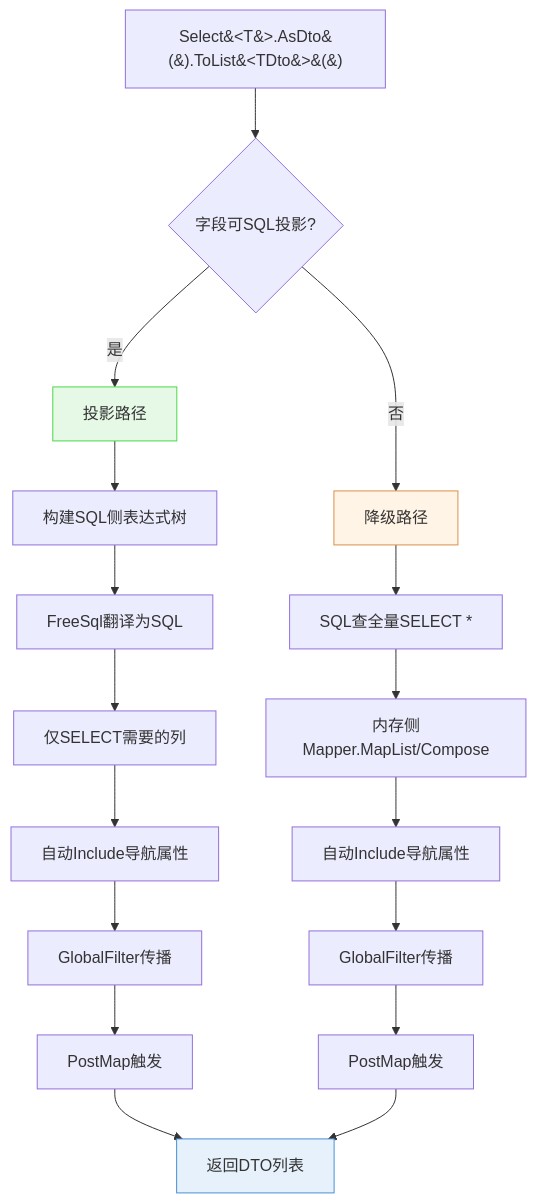
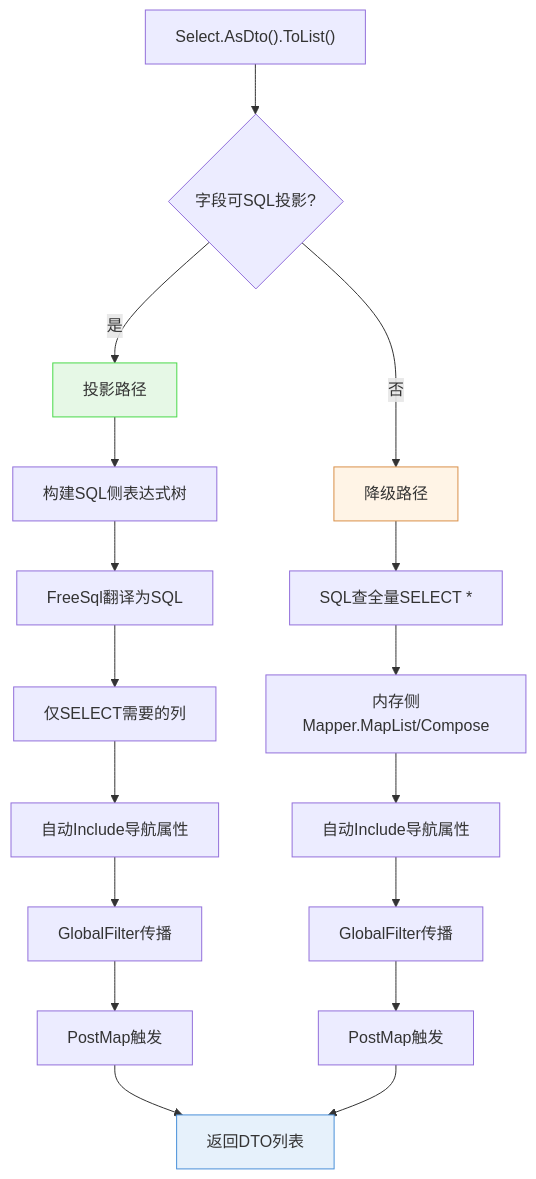
One commit to hchxxzx/NCMapper changed the diagram in docs/zh-CN/how-to/orm/freesql-single-table.md. Above: the diagram before and after it, drawn with Mermaid. The commit also changed 8 other files, not shown here.

First line of the commit message:
fix(wiki): mermaid 标签改用引号包裹，修 4 处图表渲染失败

````diff
--- a/docs/zh-CN/how-to/orm/freesql-single-table.md
+++ b/docs/zh-CN/how-to/orm/freesql-single-table.md
@@ -109,22 +109,22 @@
 ```mermaid
 flowchart TD
-    Start[Select&#60;T&#62;.AsDto&#40;&#41;.ToList&#60;TDto&#62;&#40;&#41;] --> Detect{字段可SQL投影?}
+    Start["Select<T>.AsDto().ToList<TDto>()"] --> Detect{字段可SQL投影?}
     Detect -->|是| Proj[投影路径]
     Detect -->|否| Degrade[降级路径]
     Proj --> P1[构建SQL侧表达式树]
     P1 --> P2[FreeSql翻译为SQL]
     P2 --> P3[仅SELECT需要的列]
     P3 --> P4[自动Include导航属性]
     P4 --> P5[GlobalFilter传播]
     P5 --> P6[PostMap触发]
     P6 --> Result[返回DTO列表]
     Degrade --> D1[SQL查全量SELECT *]
     D1 --> D2[内存侧Mapper.MapList/Compose]
     D2 --> D3[自动Include导航属性]
     D3 --> D4[GlobalFilter传播]
     D4 --> D5[PostMap触发]
     D5 --> Result
     style Proj fill:#E6F8E6,stroke:#4AD94A
     style Degrade fill:#FFF4E6,stroke:#D9904A
     style Result fill:#E6F1FB,stroke:#4A90D9
 ```
````
